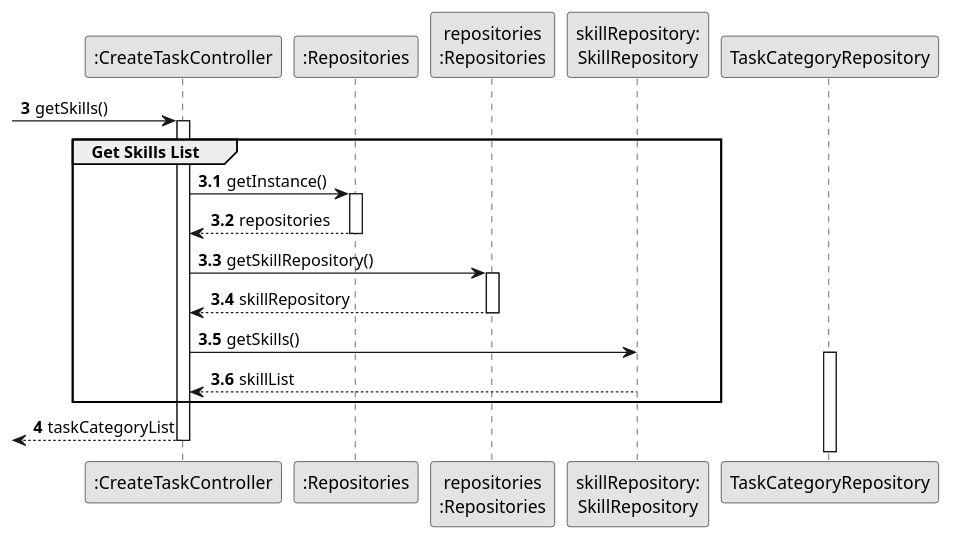
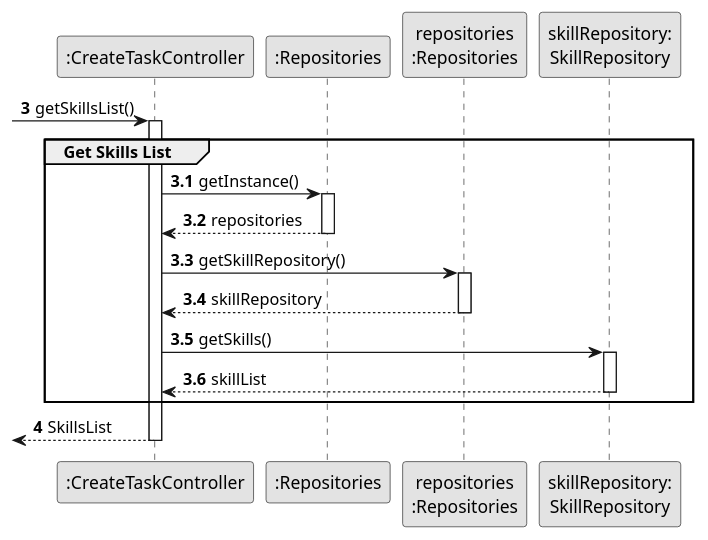
One commit to ricardomm7/leaflink changed the diagram in docs/sprintB/us005/03.design/puml/us005-sequence-diagram-partial-get-skill-list.puml. Above: the diagram before and after it, drawn with PlantUML. The commit also changed 3 other files, not shown here.

```diff
--- a/docs/sprintB/us005/03.design/puml/us005-sequence-diagram-partial-get-skill-list.puml
+++ b/docs/sprintB/us005/03.design/puml/us005-sequence-diagram-partial-get-skill-list.puml
@@ -1,48 +1,48 @@
 @startuml
 skinparam monochrome true
 skinparam packageStyle rectangle
 skinparam shadowing false
 
 autonumber
 
 'hide footbox
 
 participant ":CreateTaskController" as CTRL
 participant ":Repositories" as RepositorySingleton
 participant "repositories\n:Repositories" as PLAT
 participant "skillRepository:\nSkillRepository" as SkillRepository
 
 autonumber 3
 
- -> CTRL : getSkills()
+ -> CTRL : getSkillsList()
 autonumber 3.1
 activate CTRL
     group Get Skills List
 
 
             CTRL -> RepositorySingleton : getInstance()
             activate RepositorySingleton
 
                 RepositorySingleton --> CTRL: repositories
             deactivate RepositorySingleton
 
             CTRL -> PLAT : getSkillRepository()
             activate PLAT
 
                 PLAT --> CTRL: skillRepository
             deactivate PLAT
 
             CTRL -> SkillRepository : getSkills()
-            activate TaskCategoryRepository
+            activate SkillRepository
 
                 SkillRepository --> CTRL : skillList
             deactivate SkillRepository
 
 
     end
     autonumber 4
-    <-- CTRL  : taskCategoryList
+    <-- CTRL  : SkillsList
 deactivate CTRL
 
 
 @enduml
```
